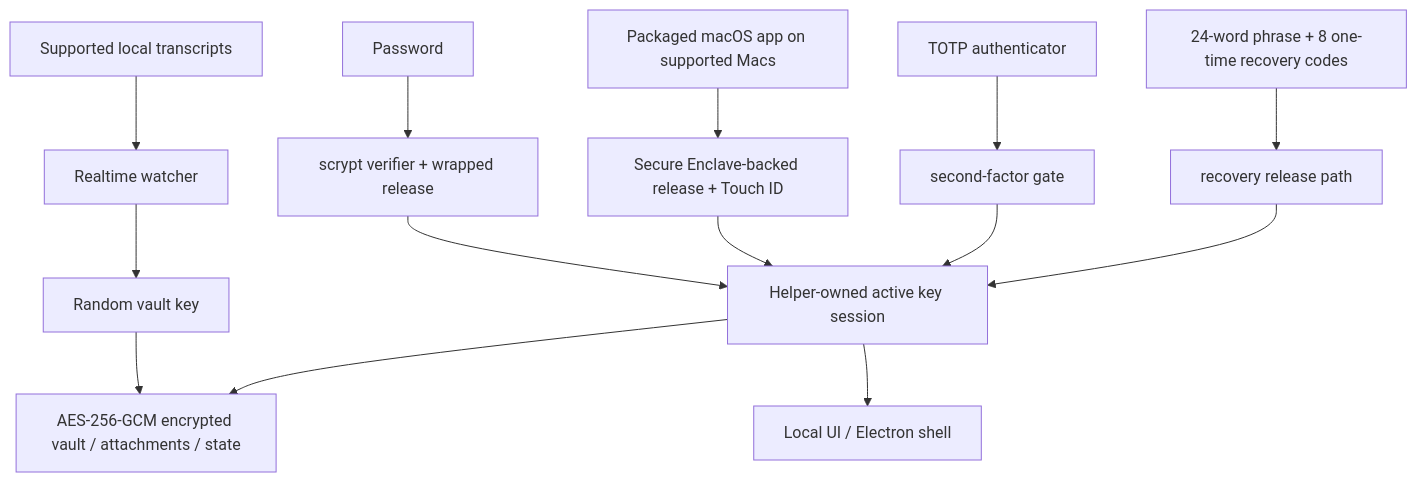
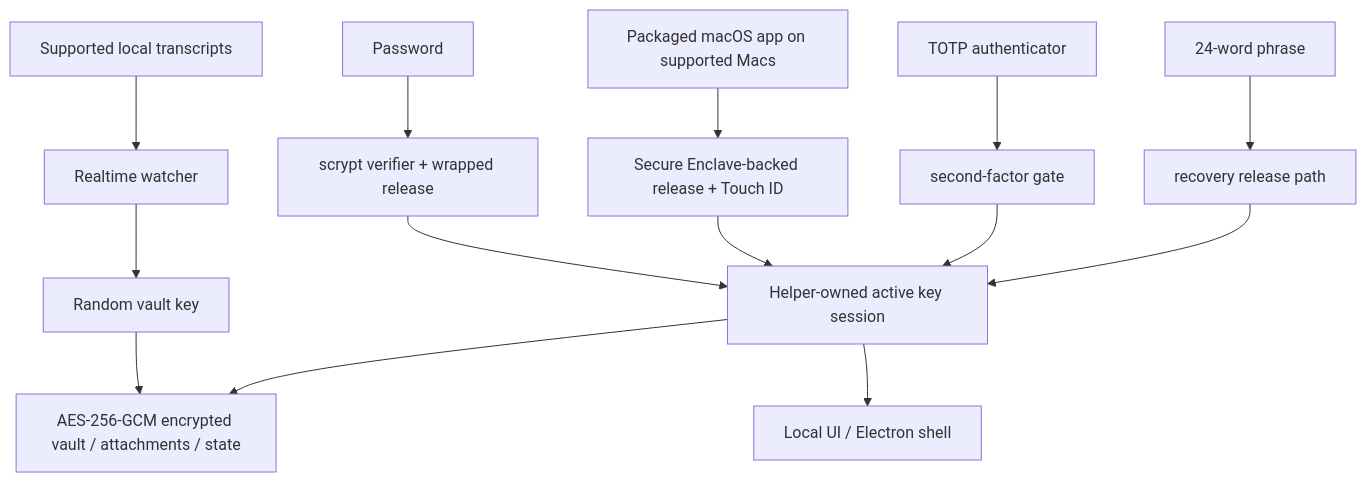
One commit to max-ng/datamoat changed the diagram in README.md. Above: the diagram before and after it, drawn with Mermaid. The commit also changed other lines of this file and 32 other files, not shown here.

````diff
--- a/README.md
+++ b/README.md
@@ -116,19 +116,19 @@
 ```mermaid
 flowchart TD
     A["Supported local transcripts"] --> B["Realtime watcher"]
     B --> C["Random vault key"]
     C --> D["AES-256-GCM encrypted vault / attachments / state"]
 
     P["Password"] --> P2["scrypt verifier + wrapped release"]
     T["Packaged macOS app on supported Macs"] --> T2["Secure Enclave-backed release + Touch ID"]
     G["TOTP authenticator"] --> G2["second-factor gate"]
-    R["24-word phrase + 8 one-time recovery codes"] --> R2["recovery release path"]
+    R["24-word phrase"] --> R2["recovery release path"]
 
     P2 --> H["Helper-owned active key session"]
     T2 --> H
     G2 --> H
     R2 --> H
 
     H --> D
     H --> U["Local UI / Electron shell"]
 ```
````
